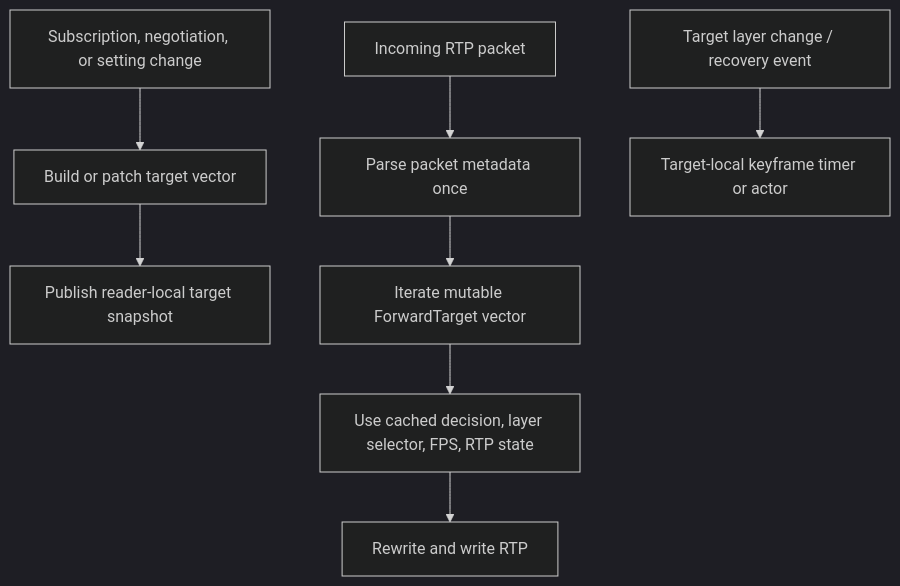
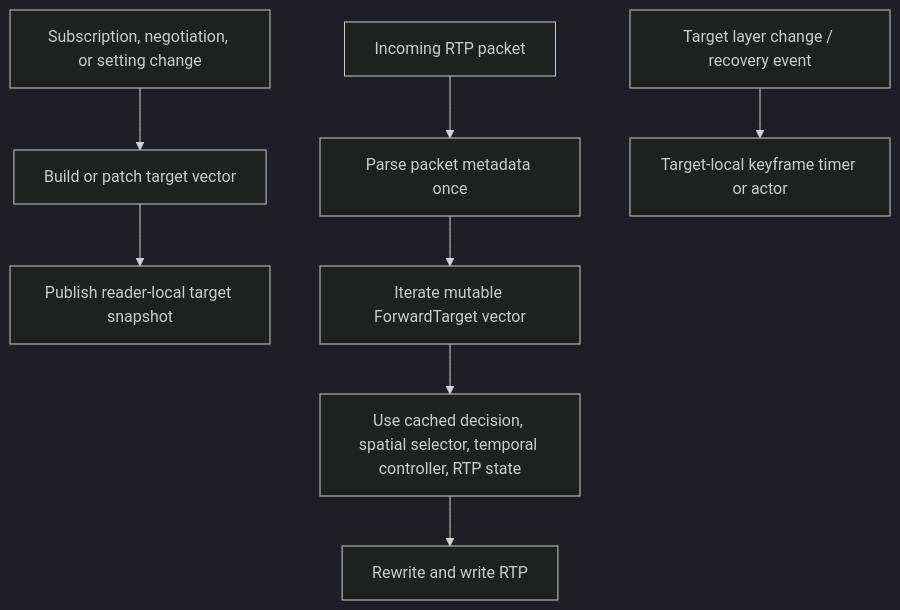
One commit to andreeco/oxidesfu changed the diagram in docs/forwarding-performance-plan.md. Above: the diagram before and after it, drawn with Mermaid (dark theme). The commit also changed other lines of this file, not shown here.

First line of the commit message:
docs: synchronize forwarding plan with layer selection state

````diff
--- a/docs/forwarding-performance-plan.md
+++ b/docs/forwarding-performance-plan.md
@@ -222,10 +222,10 @@
 ```mermaid
 flowchart TD
     A[Subscription, negotiation, or setting change] --> B[Build or patch target vector]
     B --> C[Publish reader-local target snapshot]
     D[Incoming RTP packet] --> E[Parse packet metadata once]
     E --> F[Iterate mutable ForwardTarget vector]
-    F --> G[Use cached decision, layer selector, FPS, RTP state]
+    F --> G[Use cached decision, spatial selector, temporal controller, RTP state]
     G --> H[Rewrite and write RTP]
     I[Target layer change / recovery event] --> J[Target-local keyframe timer or actor]
 ```
````
